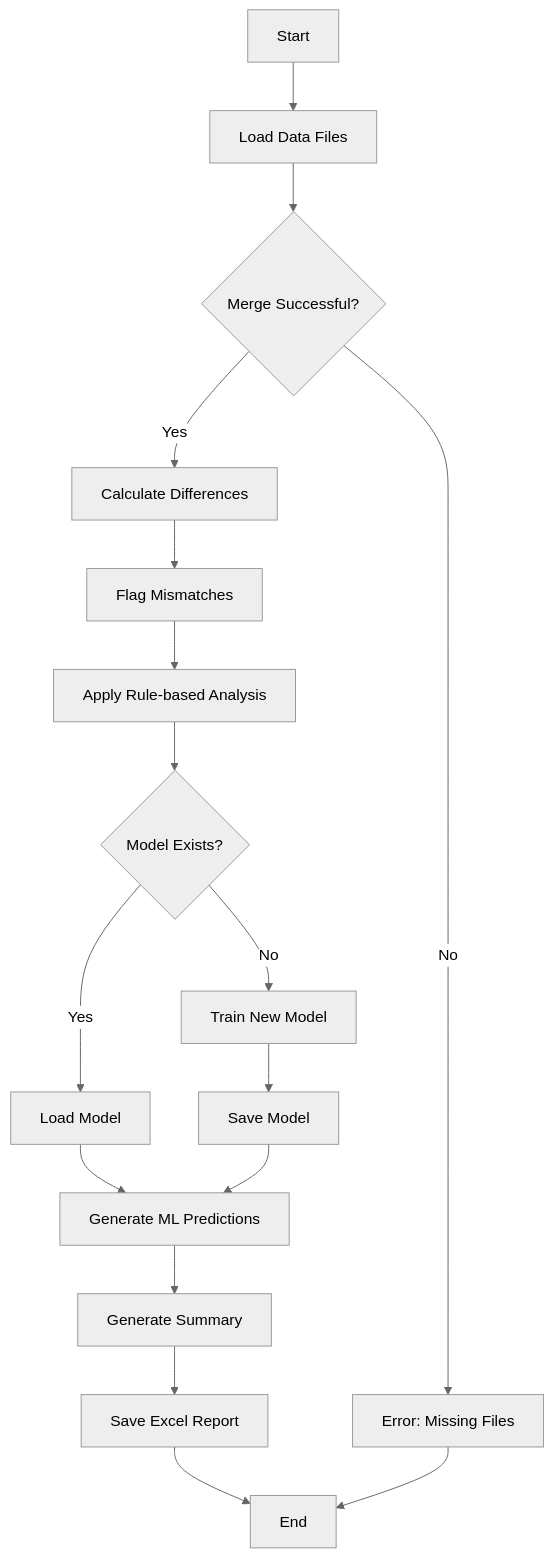
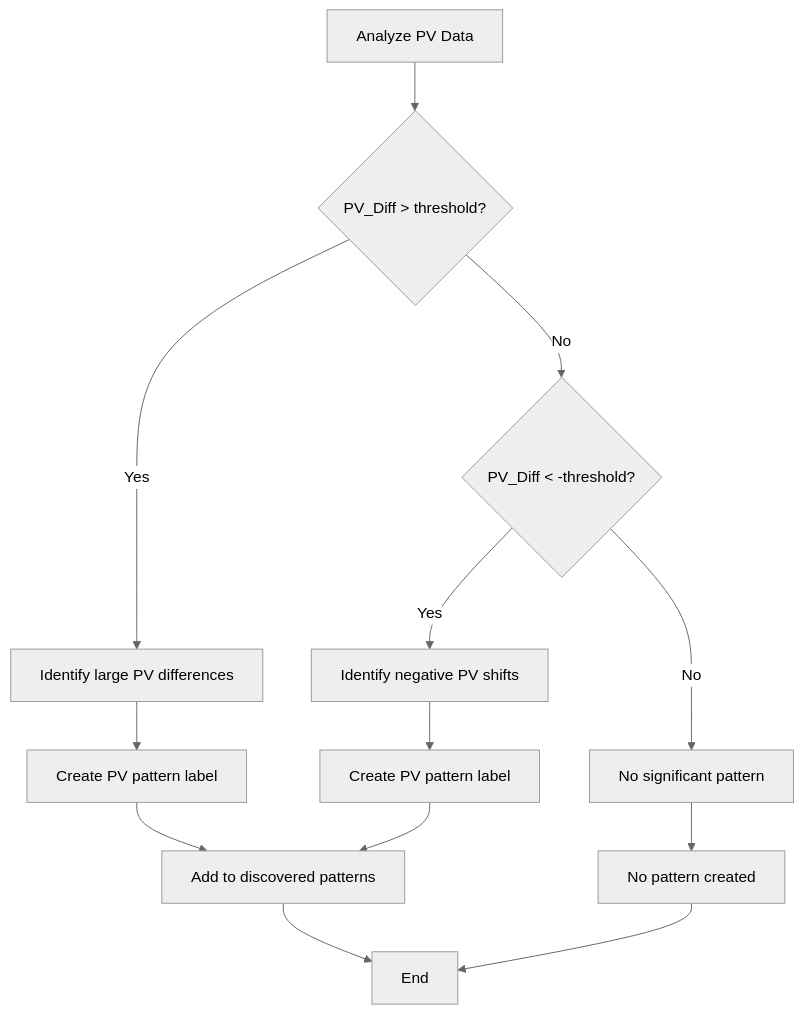
One commit to ksmadhavareddy/recon-ai changed diagram 11 of 30 in docs/DIAGRAMS.md. Above: the diagram before and after it, drawn with Mermaid (neutral theme). The commit also changed other lines of this file and 14 other files, not shown here.

````diff
--- a/docs/DIAGRAMS.md
+++ b/docs/DIAGRAMS.md
@@ -316,19 +304,17 @@
 ```mermaid
-flowchart TD
-    A[Start] --> B[Load Data Files]
-    B --> C{Merge Successful?}
-    C -->|Yes| D[Calculate Differences]
-    C -->|No| E[Error: Missing Files]
-    D --> F[Flag Mismatches]
-    F --> G[Apply Rule-based Analysis]
-    G --> H{Model Exists?}
-    H -->|Yes| I[Load Model]
-    H -->|No| J[Train New Model]
-    J --> K[Save Model]
-    I --> L[Generate ML Predictions]
-    K --> L
-    L --> M[Generate Summary]
-    M --> N[Save Excel Report]
-    N --> O[End]
-    E --> O
+graph TD
+    A[Analyze PV Data] --> B{PV_Diff > threshold?}
+    B -->|Yes| C[Identify large PV differences]
+    B -->|No| D{PV_Diff < -threshold?}
+    D -->|Yes| E[Identify negative PV shifts]
+    D -->|No| F[No significant pattern]
+    
+    C --> G[Create PV pattern label]
+    E --> H[Create PV pattern label]
+    F --> I[No pattern created]
+    
+    G --> J[Add to discovered patterns]
+    H --> J
+    I --> K[End]
+    J --> K
 ```
````
